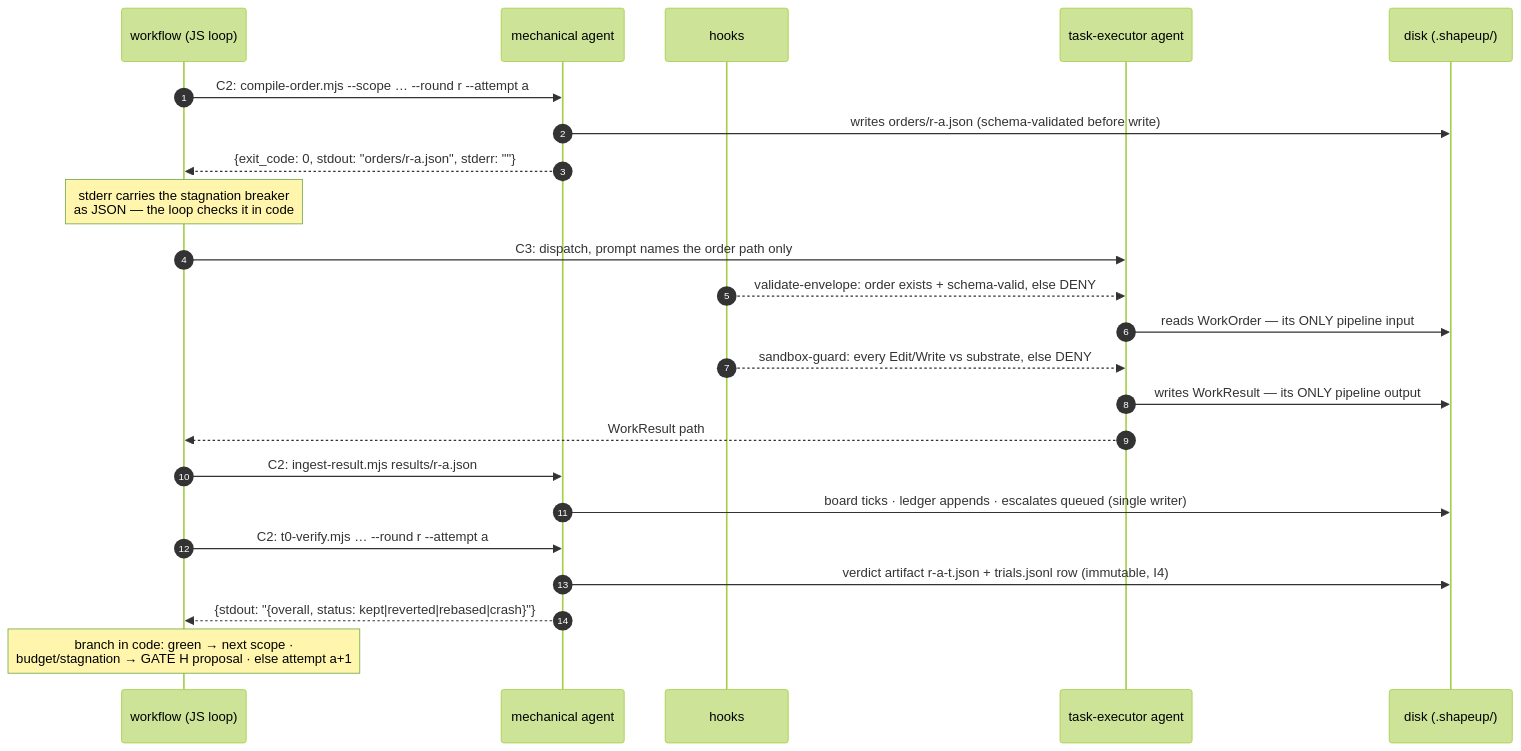
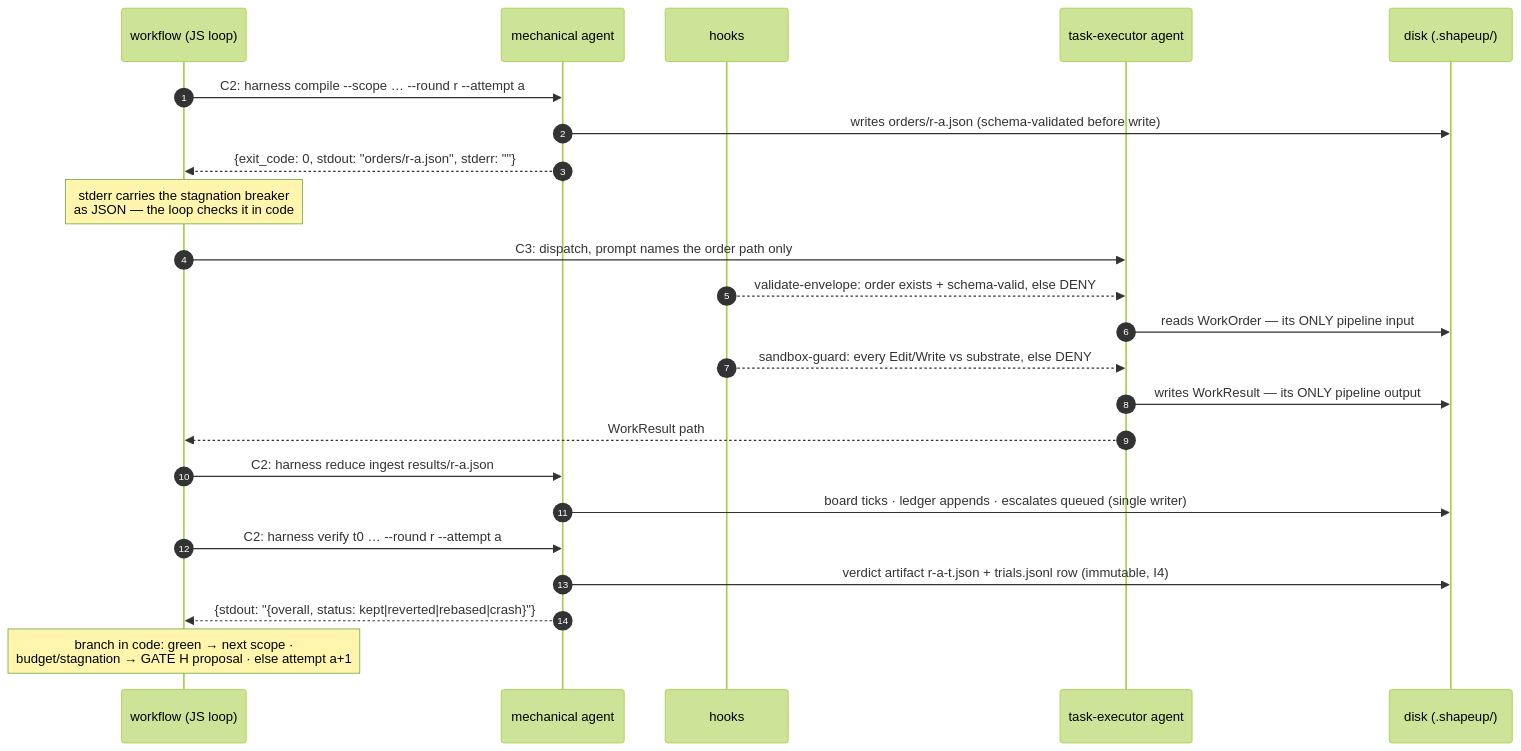
The second of 4 diagrams in docs/design/workflow_architecture_design.md (nguyenvanphituoc/shapeup-sdlc-plugin), drawn with Mermaid (forest theme) before and after one commit. The commit also changed other lines of this file and 113 other files, not shown here.

````diff
--- a/docs/design/workflow_architecture_design.md
+++ b/docs/design/workflow_architecture_design.md
@@ -173,26 +173,26 @@
 ```mermaid
 sequenceDiagram
   autonumber
   participant WF as workflow (JS loop)
   participant MA as mechanical agent
   participant HK as hooks
   participant EX as task-executor agent
   participant D as disk (.shapeup/)
 
-  WF->>MA: C2: compile-order.mjs --scope … --round r --attempt a
+  WF->>MA: C2: harness compile --scope … --round r --attempt a
   MA->>D: writes orders/r-a.json (schema-validated before write)
   MA-->>WF: {exit_code: 0, stdout: "orders/r-a.json", stderr: ""}
   Note over WF: stderr carries the stagnation breaker<br/>as JSON — the loop checks it in code
   WF->>EX: C3: dispatch, prompt names the order path only
   HK-->>EX: validate-envelope: order exists + schema-valid, else DENY
   EX->>D: reads WorkOrder — its ONLY pipeline input
   HK-->>EX: sandbox-guard: every Edit/Write vs substrate, else DENY
   EX->>D: writes WorkResult — its ONLY pipeline output
   EX-->>WF: WorkResult path
-  WF->>MA: C2: ingest-result.mjs results/r-a.json
+  WF->>MA: C2: harness reduce ingest results/r-a.json
   MA->>D: board ticks · ledger appends · escalates queued (single writer)
-  WF->>MA: C2: t0-verify.mjs … --round r --attempt a
+  WF->>MA: C2: harness verify t0 … --round r --attempt a
   MA->>D: verdict artifact r-a-t.json + trials.jsonl row (immutable, I4)
   MA-->>WF: {stdout: "{overall, status: kept|reverted|rebased|crash}"}
   Note over WF: branch in code: green → next scope ·<br/>budget/stagnation → GATE H proposal · else attempt a+1
 ```
````
